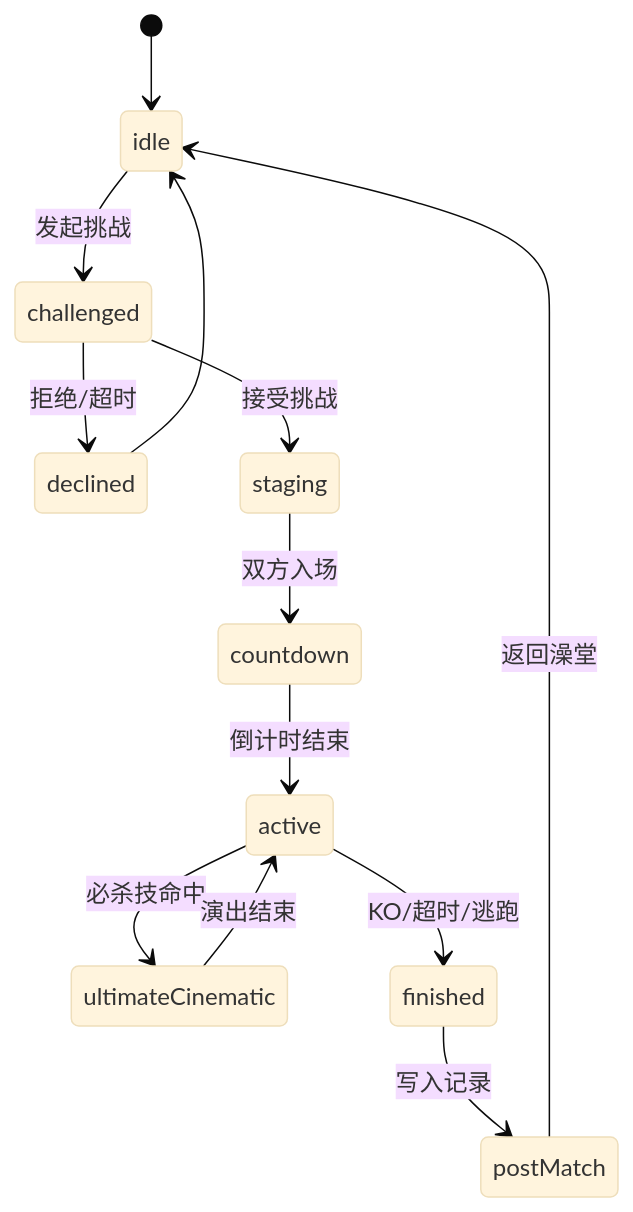
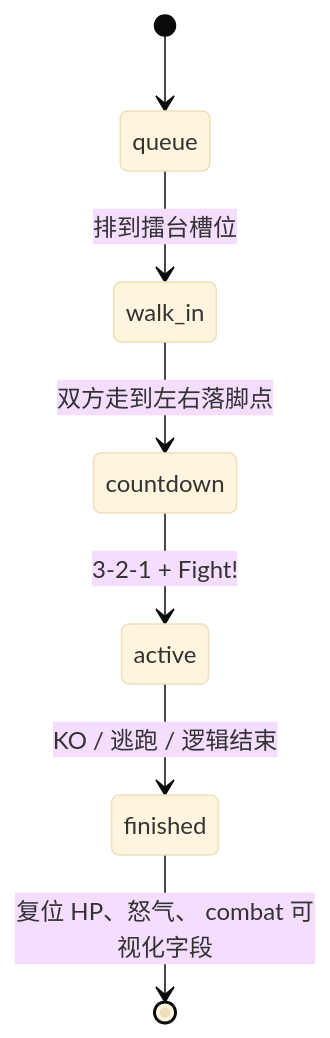
The second of 2 diagrams in docs/AI_FIGHTING_DEVELOPMENT.md (nannyu/cyber-bathhouse), drawn with Mermaid (base theme) before and after one commit. The commit also changed other lines of this file and 16 other files, not shown here.

````diff
--- a/docs/AI_FIGHTING_DEVELOPMENT.md
+++ b/docs/AI_FIGHTING_DEVELOPMENT.md
@@ -89,15 +93,9 @@
 ```mermaid
 stateDiagram-v2
-  [*] --> idle
-  idle --> challenged: 发起挑战
-  challenged --> declined: 拒绝/超时
-  challenged --> staging: 接受挑战
-  staging --> countdown: 双方入场
-  countdown --> active: 倒计时结束
-  active --> ultimateCinematic: 必杀技命中
-  ultimateCinematic --> active: 演出结束
-  active --> finished: KO/超时/逃跑
-  finished --> postMatch: 写入记录
-  postMatch --> idle: 返回澡堂
-  declined --> idle
+  [*] --> queue
+  queue --> walk_in: 排到擂台槽位
+  walk_in --> countdown: 双方走到左右落脚点
+  countdown --> active: 3-2-1 + Fight!
+  active --> finished: KO / 逃跑 / 逻辑结束
+  finished --> [*]: 复位 HP、怒气、 combat 可视化字段
 ```
````
